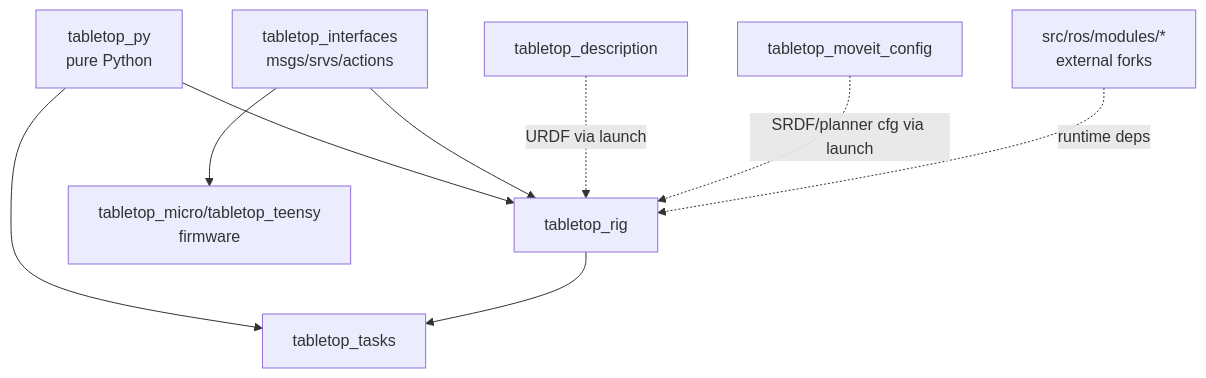
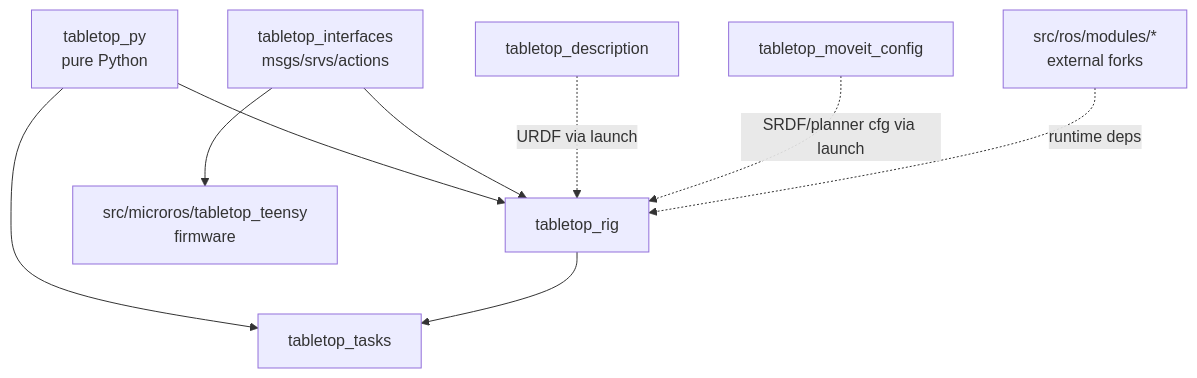
The second of 2 diagrams in docs/architecture.md (jazlab/tabletop), drawn with Mermaid before and after one commit. The commit also changed other lines of this file and 21 other files, not shown here.

````diff
--- a/docs/architecture.md
+++ b/docs/architecture.md
@@ -206,11 +206,11 @@
 ```mermaid
 graph TD
     TP[tabletop_py<br/>pure Python] --> RIG[tabletop_rig]
     TP --> TASKS[tabletop_tasks]
     IF[tabletop_interfaces<br/>msgs/srvs/actions] --> RIG
-    IF --> FW[tabletop_micro/tabletop_teensy<br/>firmware]
+    IF --> FW[src/microros/tabletop_teensy<br/>firmware]
     RIG --> TASKS
     DESC[tabletop_description] -.URDF via launch.-> RIG
     MVC[tabletop_moveit_config] -.SRDF/planner cfg via launch.-> RIG
     MODS[src/ros/modules/*<br/>external forks] -.runtime deps.-> RIG
 ```
````
